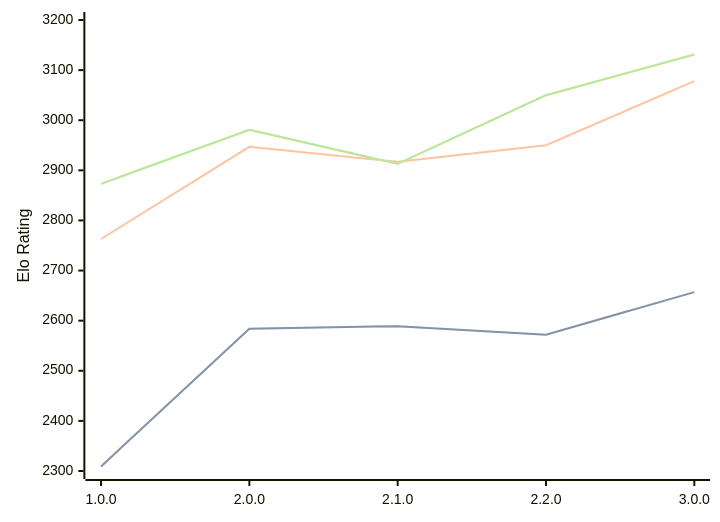
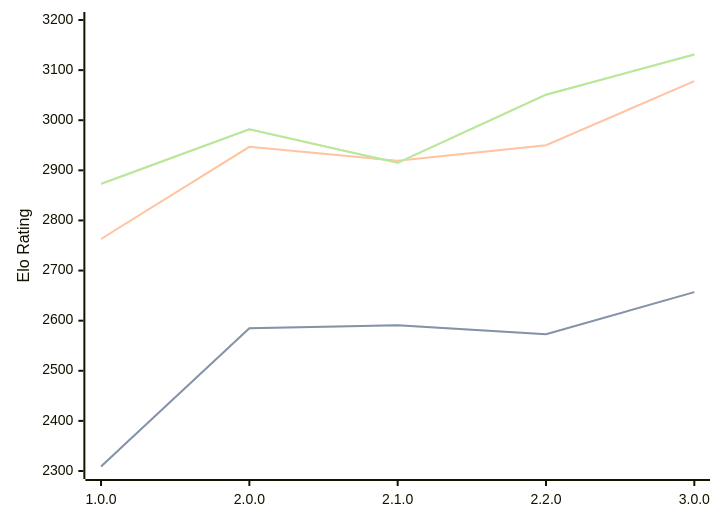
The diagram in engines/Catalyst.md (computer-chess-index/cci), drawn with Mermaid before and after one commit. The commit also changed other lines of this file, not shown here.

Commit message:
Update CCI Ratings (ELO VLTC) - 2026-08-25

````diff
--- a/engines/Catalyst.md
+++ b/engines/Catalyst.md
@@ -36,11 +36,11 @@
 ```mermaid
 %%{init: {"theme":"base","themeVariables":{"seriesColors:['#a3a3a3','#222221','#faa371']}}}%%
 xychart-beta
   x-axis ["1.0.0", "2.0.0", "2.1.0", "2.2.0", "3.0.0"]
   y-axis "Elo Rating" 2300 --> 3200
-  line "STC (8.0+0.08s)" [2309, 2584, 2589, 2572, 2657]
-  line "STC (8.0+0.08s)" [2309, 2584, 2589, 2572, 2657]
-  line "LTC (60.0+0.60s)" [2763, 2947, 2917, 2950, 3078]
-  line "VLTC (2m24s+1.12s)" [2873, 2981, 2913, 3050, 3131]
-  line "VLTC (2m24s+1.12s)" [2873, 2981, 2913, 3050, 3131]
+  line "STC (8.0+0.08s)" [2309, 2585, 2591, 2573, 2657]
+  line "STC (8.0+0.08s)" [2309, 2585, 2591, 2573, 2657]
+  line "LTC (60.0+0.60s)" [2763, 2947, 2919, 2950, 3078]
+  line "VLTC (2m24s+1.12s)" [2873, 2982, 2915, 3051, 3131]
+  line "VLTC (2m24s+1.12s)" [2873, 2982, 2915, 3051, 3131]
 ```
````
